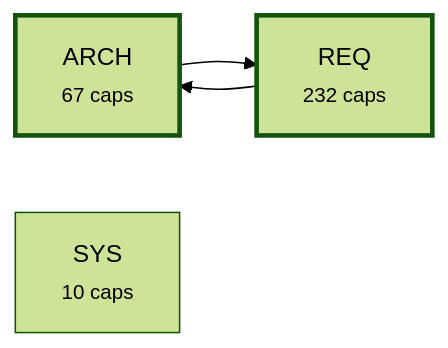
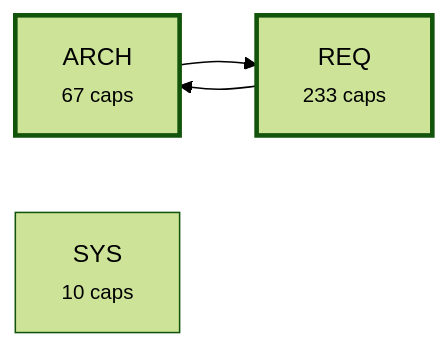
One commit to alxmax/Requirement-manager changed the third of 4 diagrams in plugin/requirements/_map.md. Above: the diagram before and after it, drawn with Mermaid (forest theme). The commit also changed other lines of this file and 19 other files, not shown here.

````diff
--- a/plugin/requirements/_map.md
+++ b/plugin/requirements/_map.md
@@ -1074,10 +1075,10 @@
 ```mermaid
 graph LR
   a_ARCH["ARCH<br><small>67 caps</small>"]
-  a_REQ["REQ<br><small>232 caps</small>"]
+  a_REQ["REQ<br><small>233 caps</small>"]
   a_SYS["SYS<br><small>10 caps</small>"]
   a_ARCH --> a_REQ
   a_REQ --> a_ARCH
   style a_ARCH stroke-width:3px
   style a_REQ stroke-width:3px
 ```
````
